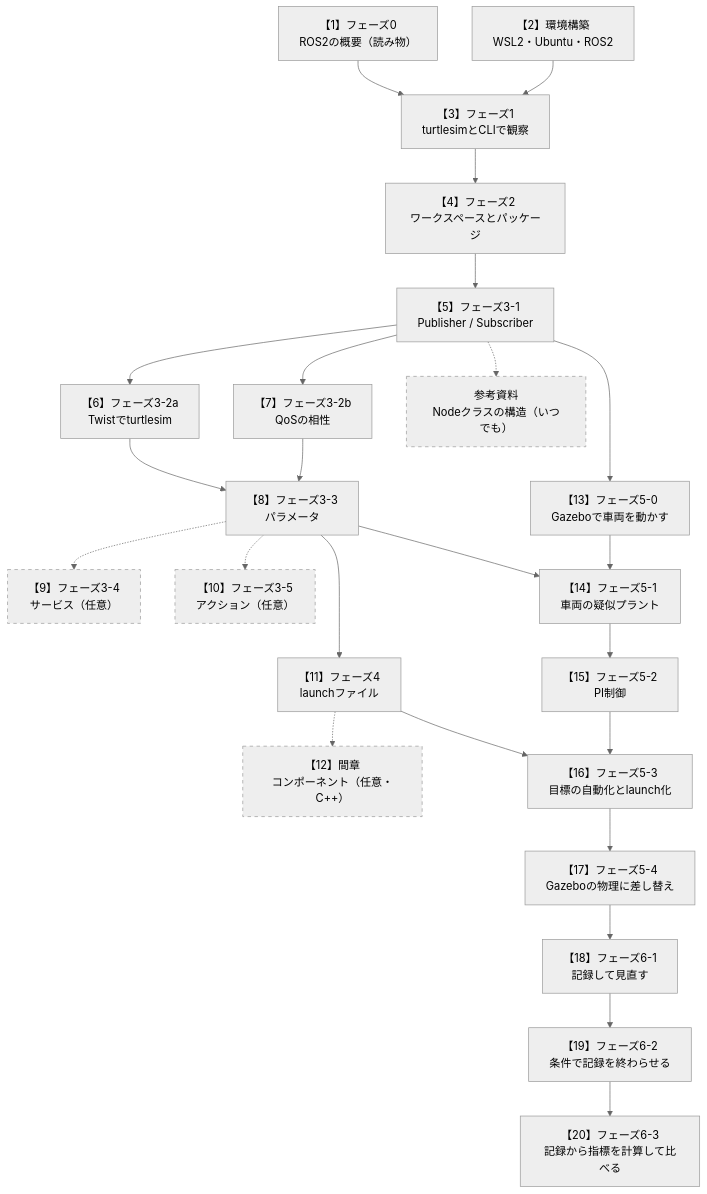
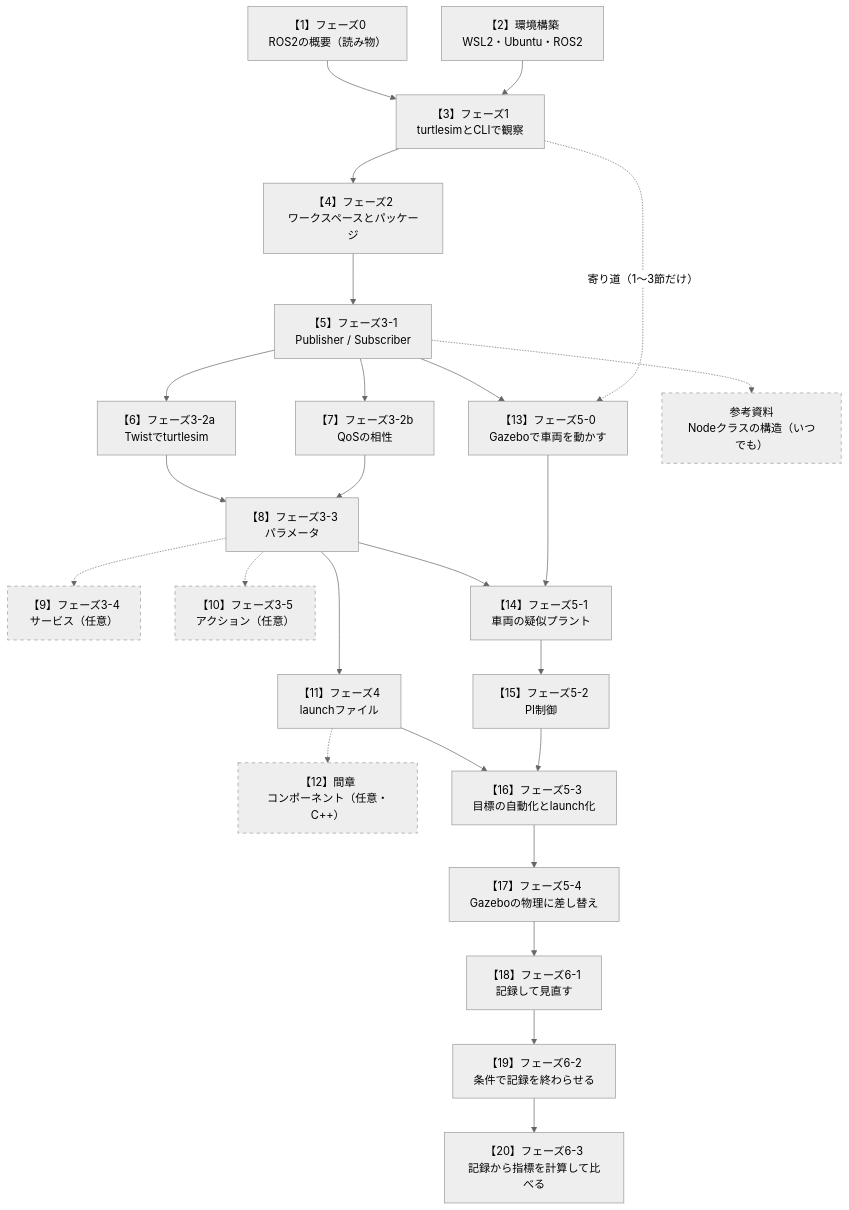
Before and after one commit to SanghunIm1991/ros2MinimalPhysicalAi: the diagram in README.md, drawn with Mermaid (neutral theme). The commit also changed other lines of this file and 4 other files, not shown here.

````diff
--- a/README.md
+++ b/README.md
@@ -91,29 +91,30 @@
 ```mermaid
 flowchart TB
     P0["【1】フェーズ0<br/>ROS2の概要（読み物）"] --> P1
     SETUP["【2】環境構築<br/>WSL2・Ubuntu・ROS2"] --> P1
     P1["【3】フェーズ1<br/>turtlesimとCLIで観察"] --> P2["【4】フェーズ2<br/>ワークスペースとパッケージ"]
     P2 --> P31["【5】フェーズ3-1<br/>Publisher / Subscriber"]
     P31 --> P32a["【6】フェーズ3-2a<br/>Twistでturtlesim"]
     P31 --> P32b["【7】フェーズ3-2b<br/>QoSの相性"]
     P32a --> P33["【8】フェーズ3-3<br/>パラメータ"]
     P32b --> P33
     P33 -.-> P34["【9】フェーズ3-4<br/>サービス（任意）"]
     P33 -.-> P35["【10】フェーズ3-5<br/>アクション（任意）"]
     P33 --> P4["【11】フェーズ4<br/>launchファイル"]
     P4 -.-> INT["【12】間章<br/>コンポーネント（任意・C++）"]
     P31 --> P50["【13】フェーズ5-0<br/>Gazeboで車両を動かす"]
+    P1 -.->|"寄り道（1〜3節だけ）"| P50
     P33 --> P51["【14】フェーズ5-1<br/>車両の疑似プラント"]
     P50 --> P51
     P51 --> P52["【15】フェーズ5-2<br/>PI制御"]
     P4 --> P53["【16】フェーズ5-3<br/>目標の自動化とlaunch化"]
     P52 --> P53
     P53 --> P54["【17】フェーズ5-4<br/>Gazeboの物理に差し替え"]
     P54 --> P61["【18】フェーズ6-1<br/>記録して見直す"]
     P61 --> P62["【19】フェーズ6-2<br/>条件で記録を終わらせる"]
     P62 --> P63["【20】フェーズ6-3<br/>記録から指標を計算して比べる"]
     P31 -.-> REF["参考資料<br/>Nodeクラスの構造（いつでも）"]
 
     classDef optional stroke-dasharray: 5 5
     class P34,P35,INT,REF optional
 ```
````
